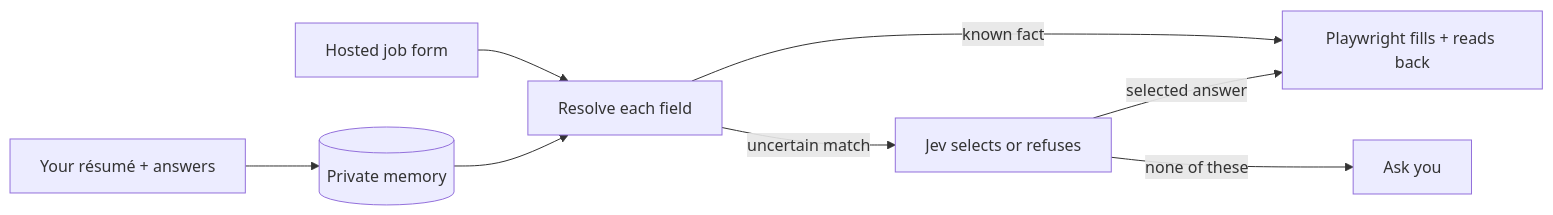
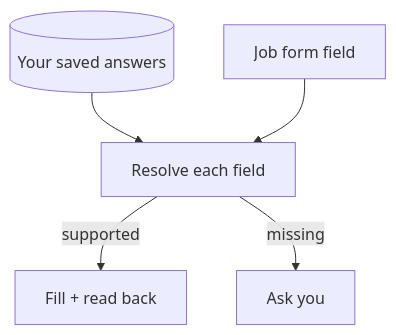
The first of 2 diagrams in README.md (TheAdaply/jev-apply), drawn with Mermaid before and after one commit. The commit also changed other lines of this file, not shown here.

````diff
--- a/README.md
+++ b/README.md
@@ -11,10 +12,7 @@
 ```mermaid
-flowchart LR
-    you["Your résumé + answers"] --> memory[(Private memory)]
-    form["Hosted job form"] --> plan["Resolve each field"]
-    memory --> plan
-    plan -->|known fact| browser["Playwright fills + reads back"]
-    plan -->|uncertain match| jev["Jev selects or refuses"]
-    jev -->|selected answer| browser
-    jev -->|none of these| ask["Ask you"]
+flowchart TB
+    facts[("Your saved answers")] --> decide["Resolve each field"]
+    form["Job form field"] --> decide
+    decide -->|supported| fill["Fill + read back"]
+    decide -->|missing| ask["Ask you"]
 ```
````
